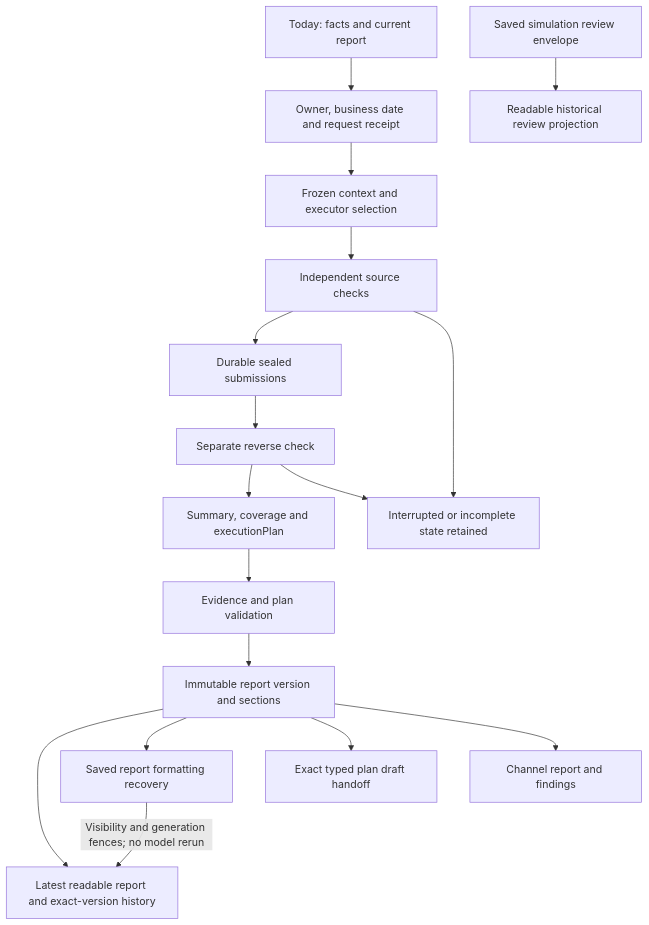
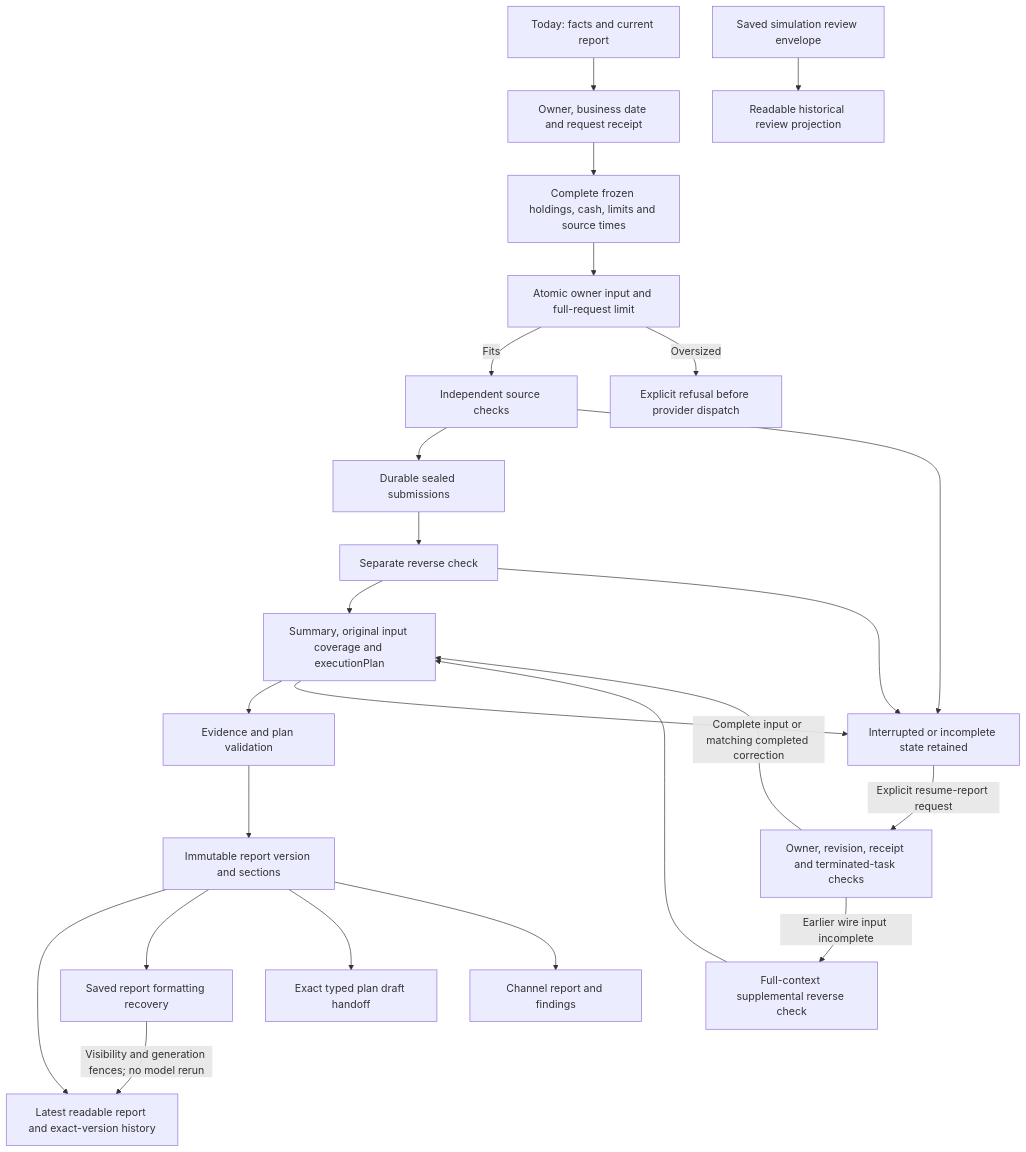
One commit to Lueyu/squabble changed the second of 5 diagrams in docs/architecture.md. Above: the diagram before and after it, drawn with Mermaid. The commit also changed other lines of this file and 40 other files, not shown here.

Commit message:
fix: complete portfolio context and resume saved daily research

````diff
--- a/docs/architecture.md
+++ b/docs/architecture.md
@@ -47,19 +47,26 @@
 ```mermaid
 flowchart TD
     today["Today: facts and current report"] --> request["Owner, business date and request receipt"]
-    request --> frozen["Frozen context and executor selection"]
-    frozen --> independent["Independent source checks"]
+    request --> frozen["Complete frozen holdings, cash, limits and source times"]
+    frozen --> fit["Atomic owner input and full-request limit"]
+    fit -->|"Fits"| independent["Independent source checks"]
+    fit -->|"Oversized"| refuse["Explicit refusal before provider dispatch"]
     independent --> sealed["Durable sealed submissions"]
     sealed --> reverse["Separate reverse check"]
-    reverse --> summary["Summary, coverage and executionPlan"]
+    reverse --> summary["Summary, original input coverage and executionPlan"]
     summary --> validate["Evidence and plan validation"]
     validate --> archive["Immutable report version and sections"]
     archive --> reading["Latest readable report and exact-version history"]
     archive --> saved["Saved report formatting recovery"]
     saved -->|"Visibility and generation fences; no model rerun"| reading
     review["Saved simulation review envelope"] --> reviewProjection["Readable historical review projection"]
     archive --> handoff["Exact typed plan draft handoff"]
     archive --> channelSource["Channel report and findings"]
     independent --> interrupted["Interrupted or incomplete state retained"]
     reverse --> interrupted
+    summary --> interrupted
+    interrupted -->|"Explicit resume-report request"| resume["Owner, revision, receipt and terminated-task checks"]
+    resume -->|"Earlier wire input incomplete"| correction["Full-context supplemental reverse check"]
+    correction --> summary
+    resume -->|"Complete input or matching completed correction"| summary
 ```
````
